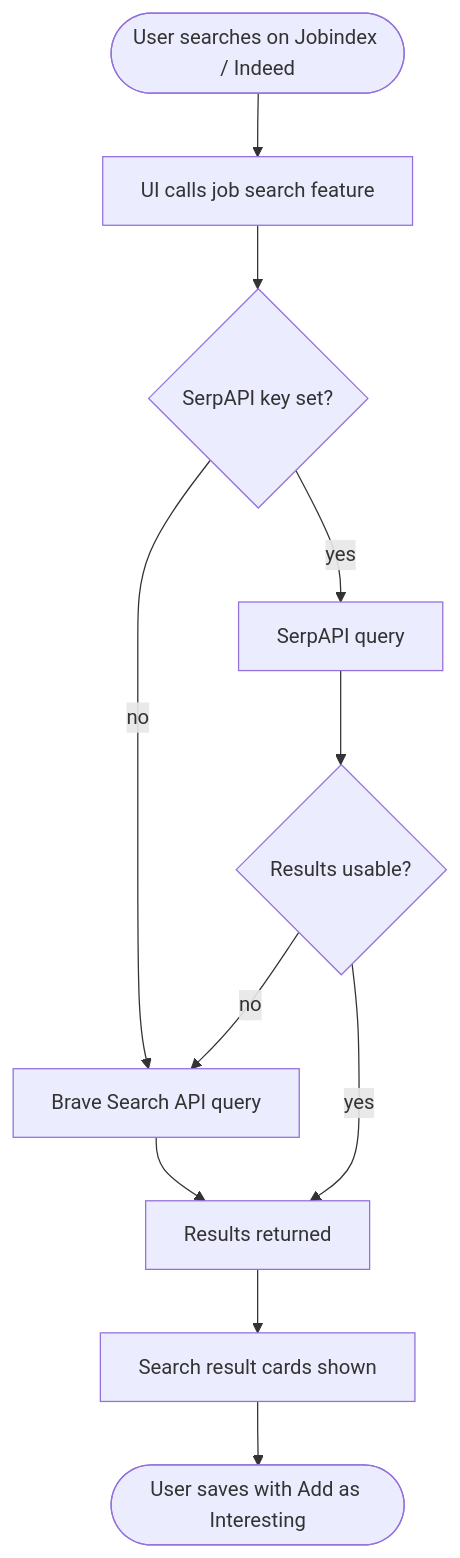
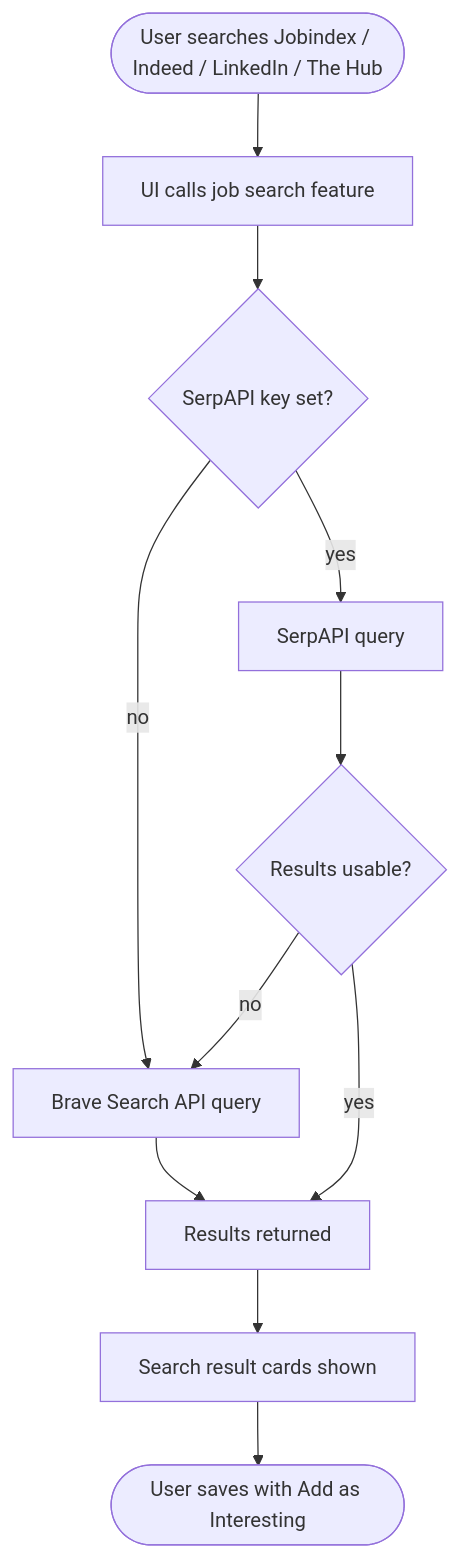
Before and after one commit to eikrad/Job-Tracker: the sixth of 8 diagrams in docs/architecture.md, drawn with Mermaid. The commit also changed other lines of this file and 3 other files, not shown here.

````diff
--- a/docs/architecture.md
+++ b/docs/architecture.md
@@ -150,13 +133,13 @@
 ```mermaid
 flowchart TD
-    A([User searches on Jobindex / Indeed]) --> B[UI calls job search feature]
+    A([User searches Jobindex / Indeed / LinkedIn / The Hub]) --> B[UI calls job search feature]
     B --> C{SerpAPI key set?}
     C -->|yes| D[SerpAPI query]
     C -->|no| E[Brave Search API query]
     D --> F{Results usable?}
     F -->|no| E
     E --> G[Results returned]
     F -->|yes| G
     G --> H[Search result cards shown]
     H --> I([User saves with Add as Interesting])
 ```
````
